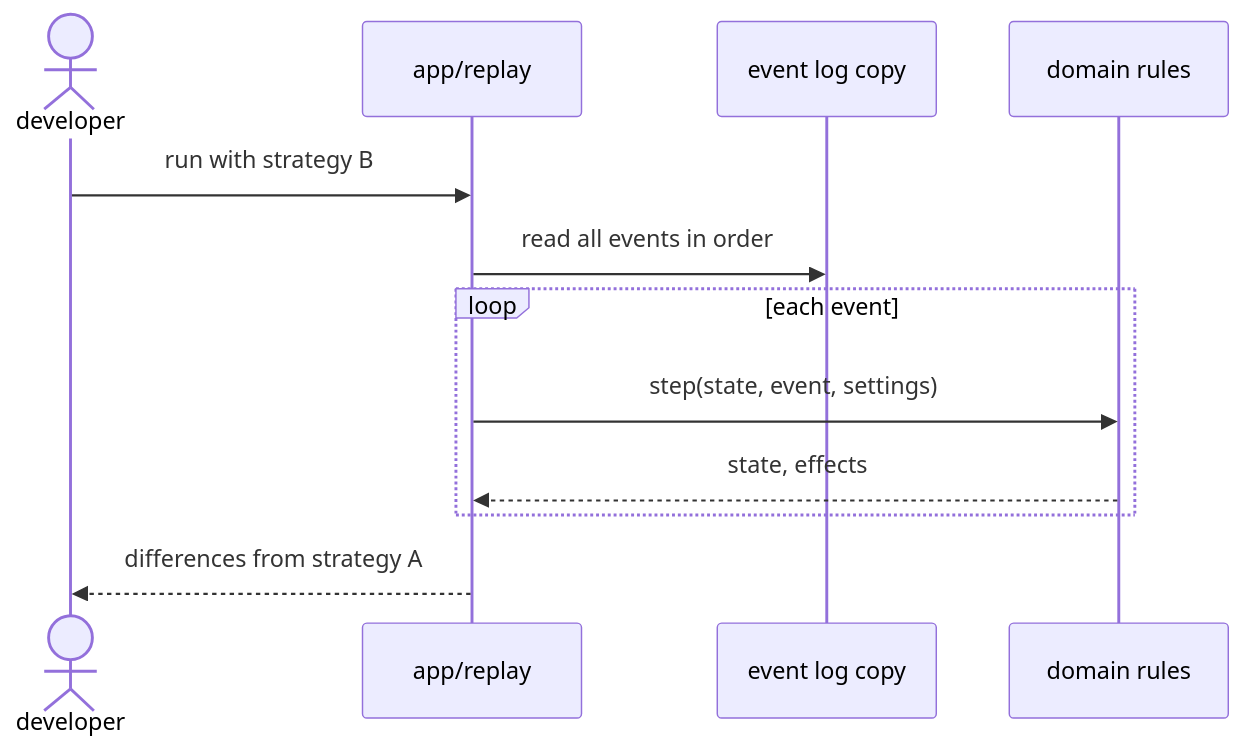
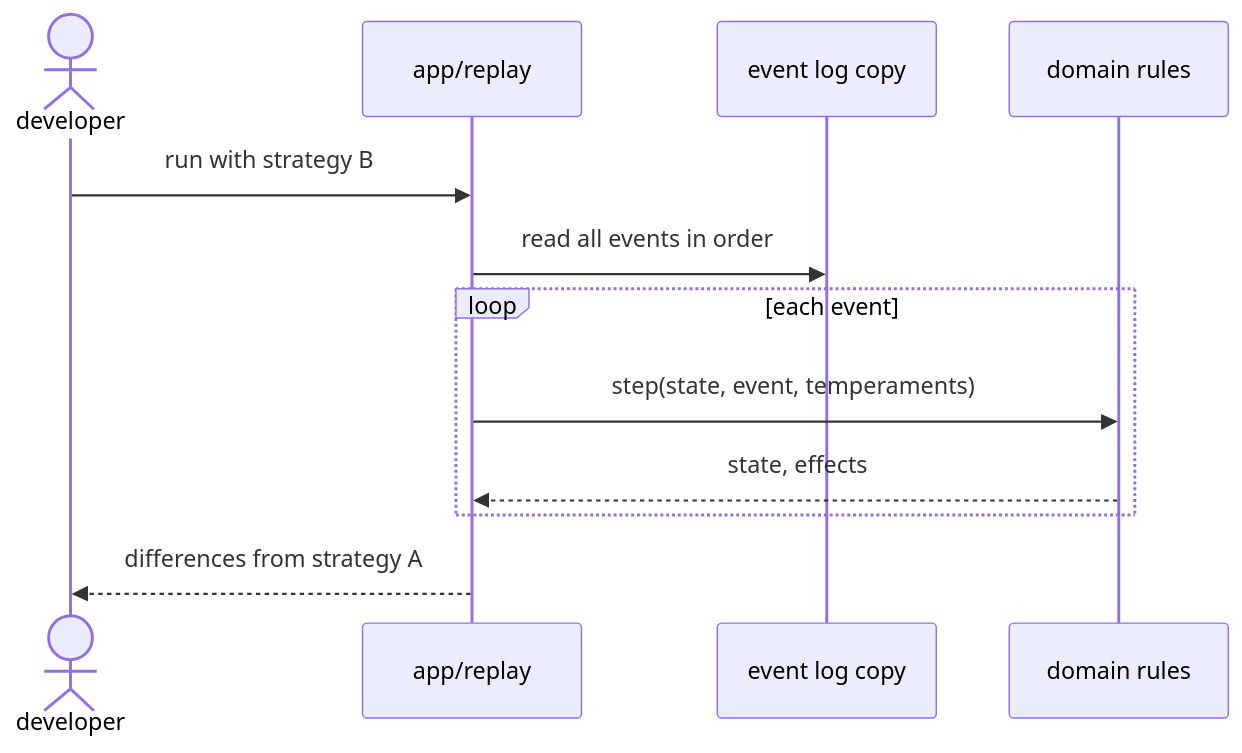
One commit to NguyenVu04/cognia changed diagram 45 of 46 in docs/architecture/ARCHITECTURE.md. Above: the diagram before and after it, drawn with Mermaid. The commit also changed other lines of this file and 27 other files, not shown here.

````diff
--- a/docs/architecture/ARCHITECTURE.md
+++ b/docs/architecture/ARCHITECTURE.md
@@ -2443,15 +2509,15 @@
 ```mermaid
 sequenceDiagram
     actor developer
     participant replay as app/replay
     participant log as event log copy
     participant rules as domain rules
 
     developer->>replay: run with strategy B
     replay->>log: read all events in order
     loop each event
-        replay->>rules: step(state, event, settings)
+        replay->>rules: step(state, event, temperaments)
         rules-->>replay: state, effects
     end
     replay-->>developer: differences from strategy A
 ```
````
